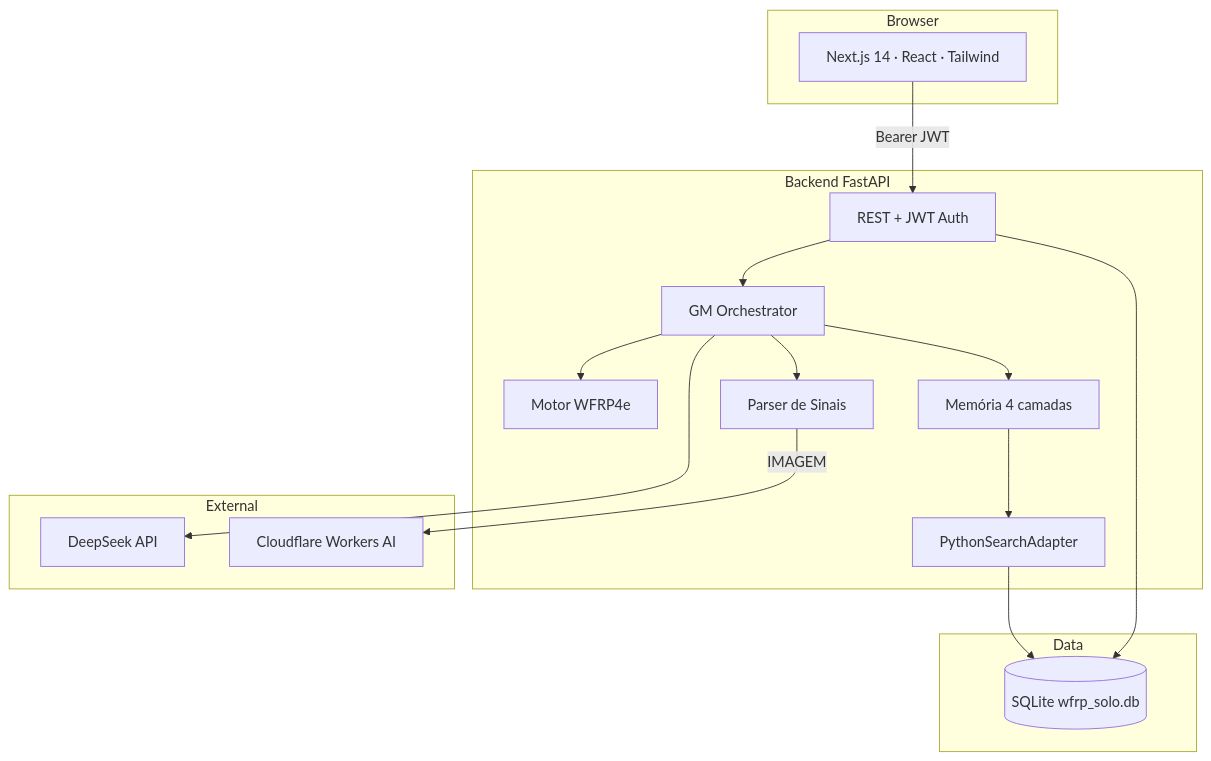
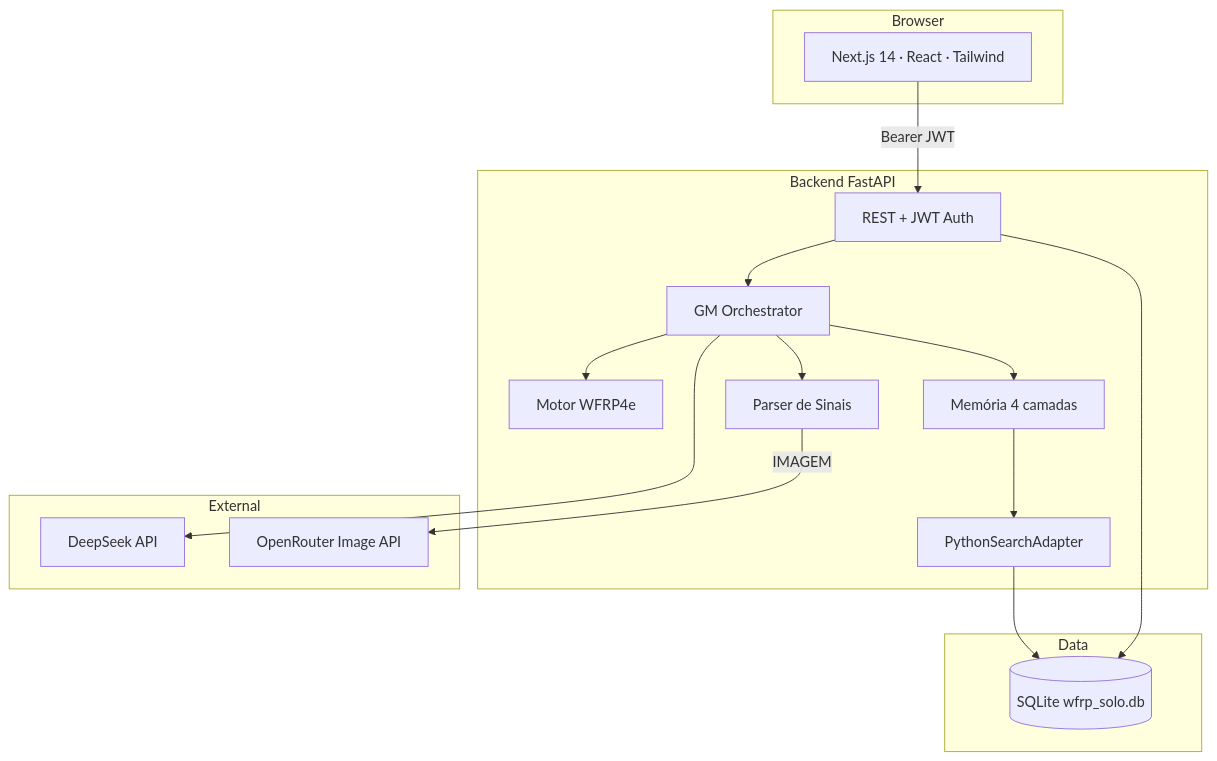
The first of 3 diagrams in Docs/architecture.md (ricardopiloto/SoloRPG), drawn with Mermaid before and after one commit. The commit also changed other lines of this file and 111 other files, not shown here.

````diff
--- a/Docs/architecture.md
+++ b/Docs/architecture.md
@@ -28,35 +28,35 @@
 ```mermaid
 flowchart TB
     subgraph Browser
         FE[Next.js 14 · React · Tailwind]
     end
 
     subgraph Backend["Backend FastAPI"]
         API[REST + JWT Auth]
         ORCH[GM Orchestrator]
         RULES[Motor WFRP4e]
         SIG[Parser de Sinais]
         MEM[Memória 4 camadas]
         SEARCH[PythonSearchAdapter]
     end
 
     subgraph External
         LLM[DeepSeek API]
-        CF[Cloudflare Workers AI]
+        CF[OpenRouter Image API]
     end
 
     subgraph Data
         DB[(SQLite wfrp_solo.db)]
     end
 
     FE -->|Bearer JWT| API
     API --> ORCH
     ORCH --> SIG
     ORCH --> RULES
     ORCH --> MEM
     ORCH --> LLM
     SIG -->|IMAGEM| CF
     MEM --> SEARCH
     SEARCH --> DB
     API --> DB
 ```
````
